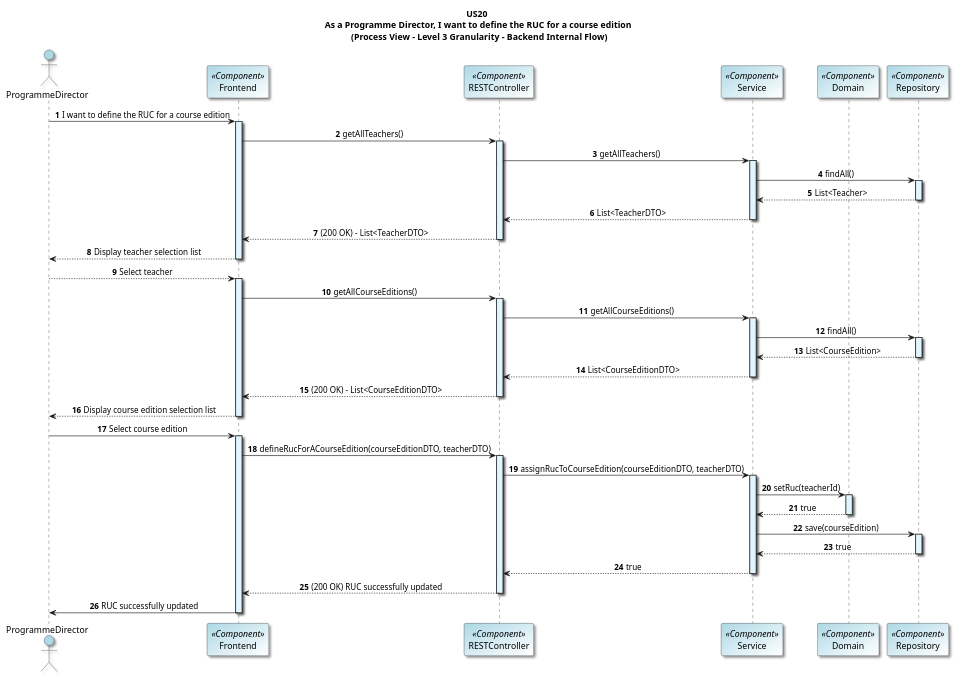
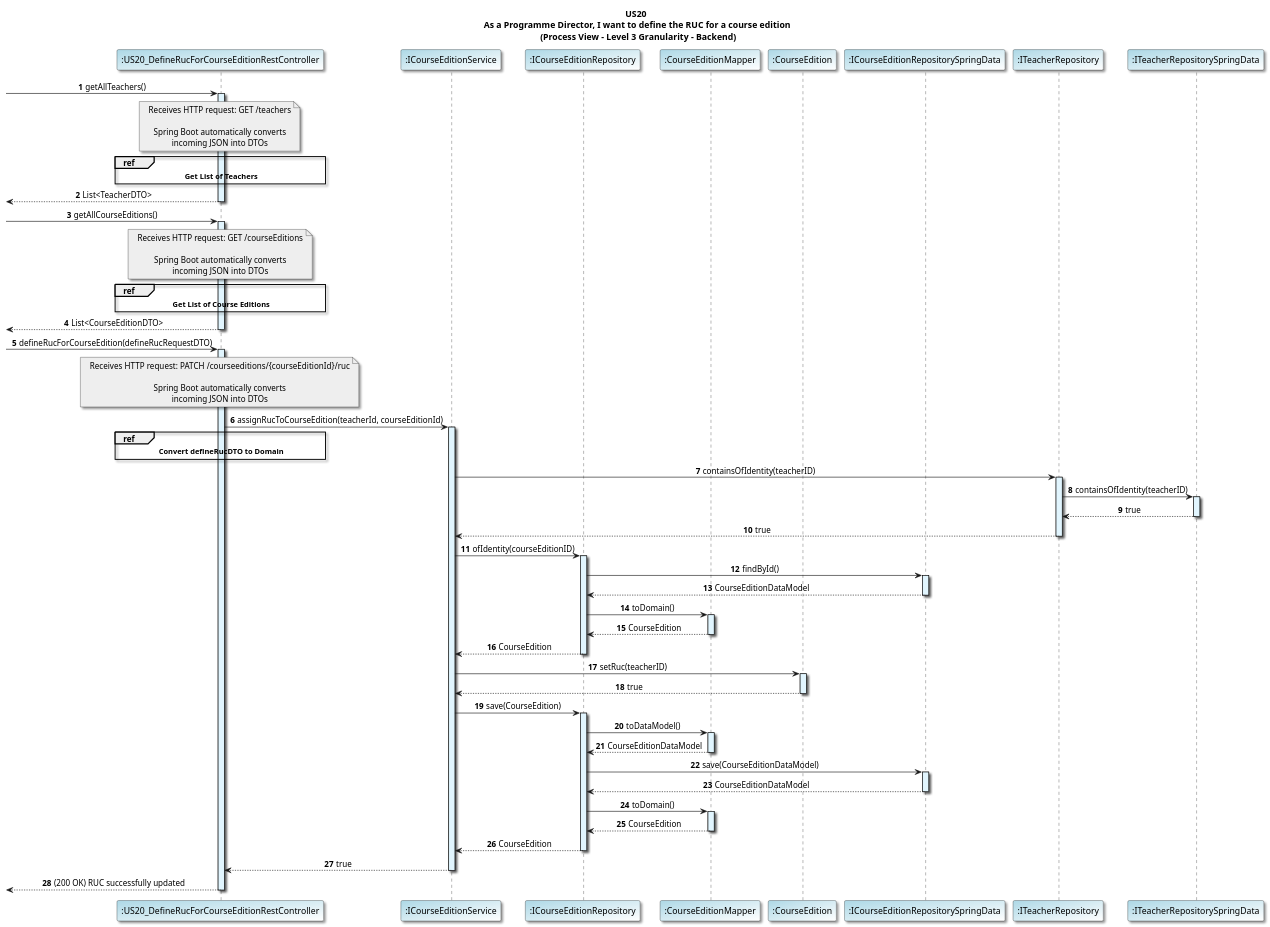
The diagram in docs/US20/sprint6_RestAPI/processView/DefineRUCForACourseEdition_Level3Granularity.puml (GasparISEP/DevOps-PAI), drawn with PlantUML before and after one commit. The commit also changed 1 other file, not shown here.

Commit message:
Refs #545 #536. Refactor process view diagrams with level 2 and 3 of granularity for functionality define the RUC for a course edition

```diff
--- a/docs/US20/sprint6_RestAPI/processView/DefineRUCForACourseEdition_Level3Granularity.puml
+++ b/docs/US20/sprint6_RestAPI/processView/DefineRUCForACourseEdition_Level3Granularity.puml
@@ -1,88 +1,135 @@
 @startuml
-title US20 \n As a Programme Director, I want to define the RUC for a course edition \n (Process View - Level 3 Granularity - Backend Internal Flow)
+title US20 \n As a Programme Director, I want to define the RUC for a course edition \n (Process View - Level 3 Granularity - Backend)
 
 skinparam titleFontName "Verdana"
 skinparam defaultFontName "Verdana"
 skinparam defaultTextAlignment center
 skinparam shadowing true
 skinparam actorBackgroundColor #lightblue
 skinparam participantBackgroundColor #lightblue/white
+
 autonumber
 
-actor ProgrammeDirector as PD
-participant "Frontend" as Frontend <<Component>>
-participant "RESTController" as Controller <<Component>>
-participant "Service" as Service <<Component>>
-participant "Domain" as Domain <<Component>>
-participant "Repository" as Repository <<Component>>
+participant ":US20_DefineRucForCourseEditionRestController" as Controller
+participant ":ICourseEditionService" as CourseService
+participant ":ICourseEditionRepository" as CourseRepo
+participant ":CourseEditionMapper" as CourseMapper
+participant ":CourseEdition" as CourseEdition
+participant ":ICourseEditionRepositorySpringData" as SpringCourseRepo
+participant ":ITeacherRepository" as TeacherRepo
+participant ":ITeacherRepositorySpringData" as TeacherRepoSpringData
+'--- Find Teachers ---
+-> Controller : getAllTeachers()
+activate Controller #E1F5FE
+
+note over Controller #EEEEEE
+Receives HTTP request: GET /teachers
+
+Spring Boot automatically converts
+incoming JSON into DTOs
+end note
+
+ref over Controller
+       <b>Get List of Teachers</b>
+end ref
+
+<-- Controller : List<TeacherDTO>
+
+deactivate Controller
 
 
-PD -> Frontend: I want to define the RUC for a course edition
+' --- Find Course Editions ---
+-> Controller : getAllCourseEditions()
+activate Controller  #E1F5FE
+
+note over Controller #EEEEEE
+Receives HTTP request: GET /courseEditions
+
+Spring Boot automatically converts
+incoming JSON into DTOs
+end note
+
+ref over Controller
+       <b>Get List of Course Editions</b>
+end ref
+
+<-- Controller : List<CourseEditionDTO>
+
+deactivate Controller
 
 
-activate Frontend #E1F5FE
+'--- Assign RUC to Course Edition ---
+-> Controller : defineRucForCourseEdition(defineRucRequestDTO)
+activate Controller #E1F5FE
 
-Frontend -> Controller: getAllTeachers()
-activate Controller  #E1F5FE
+note over Controller #EEEEEE
+Receives HTTP request: PATCH /courseeditions/{courseEditionId}/ruc
 
-Controller -> Service: getAllTeachers()
-activate Service  #E1F5FE
+Spring Boot automatically converts
+incoming JSON into DTOs
+end note
 
-Service -> Repository: findAll()
-activate Repository  #E1F5FE
+Controller -> CourseService: assignRucToCourseEdition(teacherId, courseEditionId)
 
 
-Repository --> Service: List<Teacher>
-deactivate Repository
-Service --> Controller: List<TeacherDTO>
-deactivate Service
-Controller --> Frontend: (200 OK) – List<TeacherDTO>
+ref over Controller
+       <b>Convert defineRucDTO to Domain</b>
+end ref
+
+activate CourseService #E1F5FE
+
+CourseService -> TeacherRepo: containsOfIdentity(teacherID)
+activate TeacherRepo #E1F5FE
+TeacherRepo -> TeacherRepoSpringData: containsOfIdentity(teacherID)
+activate TeacherRepoSpringData #E1F5FE
+TeacherRepoSpringData --> TeacherRepo: true
+deactivate TeacherRepoSpringData
+TeacherRepo --> CourseService: true
+deactivate TeacherRepo
+
+CourseService -> CourseRepo : ofIdentity(courseEditionID)
+activate CourseRepo #E1F5FE
+CourseRepo -> SpringCourseRepo : findById()
+activate SpringCourseRepo #E1F5FE
+
+SpringCourseRepo --> CourseRepo : CourseEditionDataModel
+deactivate SpringCourseRepo
+CourseRepo -> CourseMapper : toDomain()
+activate CourseMapper #E1F5FE
+CourseMapper --> CourseRepo : CourseEdition
+deactivate CourseMapper
+CourseRepo --> CourseService : CourseEdition
+deactivate CourseRepo
+
+
+CourseService -> CourseEdition : setRuc(teacherID)
+activate CourseEdition #E1F5FE
+CourseEdition --> CourseService : true
+deactivate CourseEdition
+
+
+CourseService -> CourseRepo : save(CourseEdition)
+activate CourseRepo #E1F5FE
+
+CourseRepo -> CourseMapper : toDataModel()
+activate CourseMapper #E1F5FE
+CourseMapper --> CourseRepo : CourseEditionDataModel
+deactivate CourseMapper
+CourseRepo -> SpringCourseRepo : save(CourseEditionDataModel)
+activate SpringCourseRepo #E1F5FE
+SpringCourseRepo --> CourseRepo : CourseEditionDataModel
+deactivate SpringCourseRepo
+CourseRepo -> CourseMapper : toDomain()
+activate CourseMapper #E1F5FE
+CourseMapper --> CourseRepo : CourseEdition
+deactivate CourseMapper
+CourseRepo --> CourseService : CourseEdition
+
+deactivate CourseRepo
+
+CourseService --> Controller : true
+deactivate CourseService
+<-- Controller:  (200 OK) RUC successfully updated
 deactivate Controller
-Frontend --> PD: Display teacher selection list
-deactivate Frontend
 
-PD --> Frontend: Select teacher
-activate Frontend  #E1F5FE
-Frontend -> Controller: getAllCourseEditions()
-activate Controller  #E1F5FE
-
-Controller -> Service: getAllCourseEditions()
-activate Service  #E1F5FE
-
-Service -> Repository: findAll()
-activate Repository  #E1F5FE
-
-Repository --> Service: List<CourseEdition>
-deactivate Repository
-Service --> Controller: List<CourseEditionDTO>
-deactivate Service
-Controller --> Frontend: (200 OK) – List<CourseEditionDTO>
-deactivate Controller
-Frontend --> PD: Display course edition selection list
-deactivate Frontend
-
-PD -> Frontend: Select course edition
-activate Frontend #E1F5FE
-
-Frontend -> Controller: defineRucForACourseEdition(courseEditionDTO, teacherDTO)
-activate Controller  #E1F5FE
-
-Controller -> Service: assignRucToCourseEdition(courseEditionDTO, teacherDTO)
-activate Service  #E1F5FE
-
-Service -> Domain: setRuc(teacherId)
-activate Domain  #E1F5FE
-Domain --> Service: true
-deactivate Domain
-
-Service -> Repository: save(courseEdition)
-activate Repository  #E1F5FE
-Repository --> Service: true
-deactivate Repository
-Service --> Controller: true
-deactivate Service
-Controller --> Frontend: (200 OK) RUC successfully updated
-deactivate Controller
-Frontend -> PD: RUC successfully updated
-deactivate Frontend
 @enduml
```
